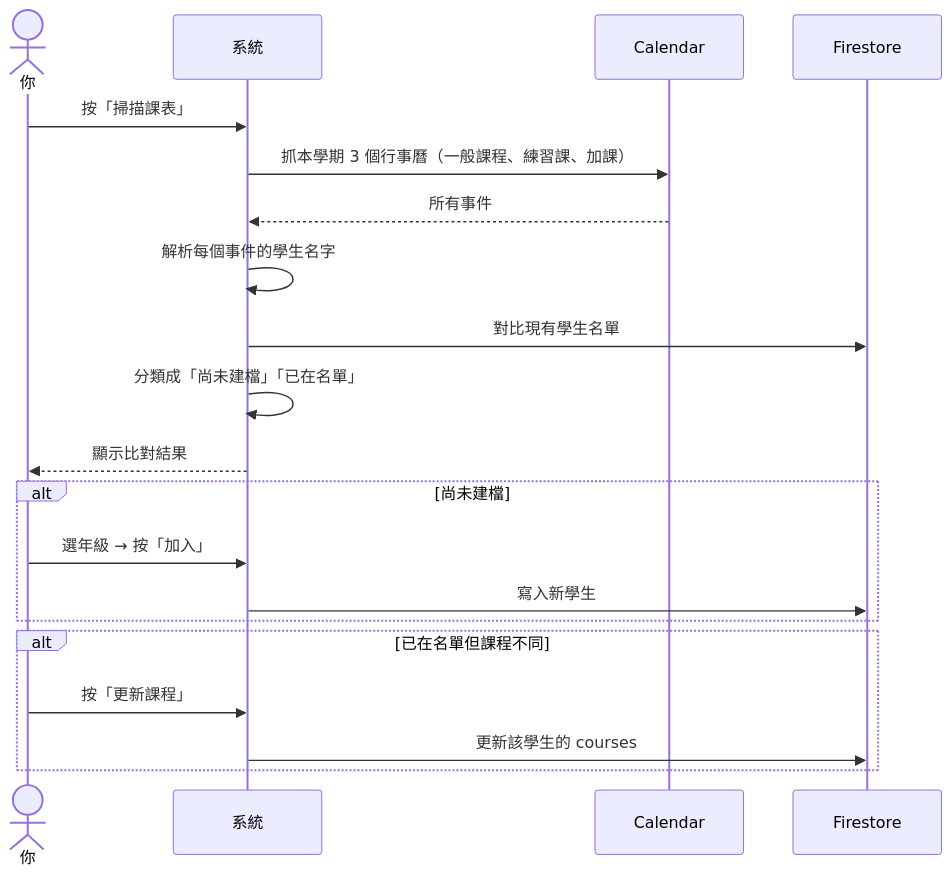
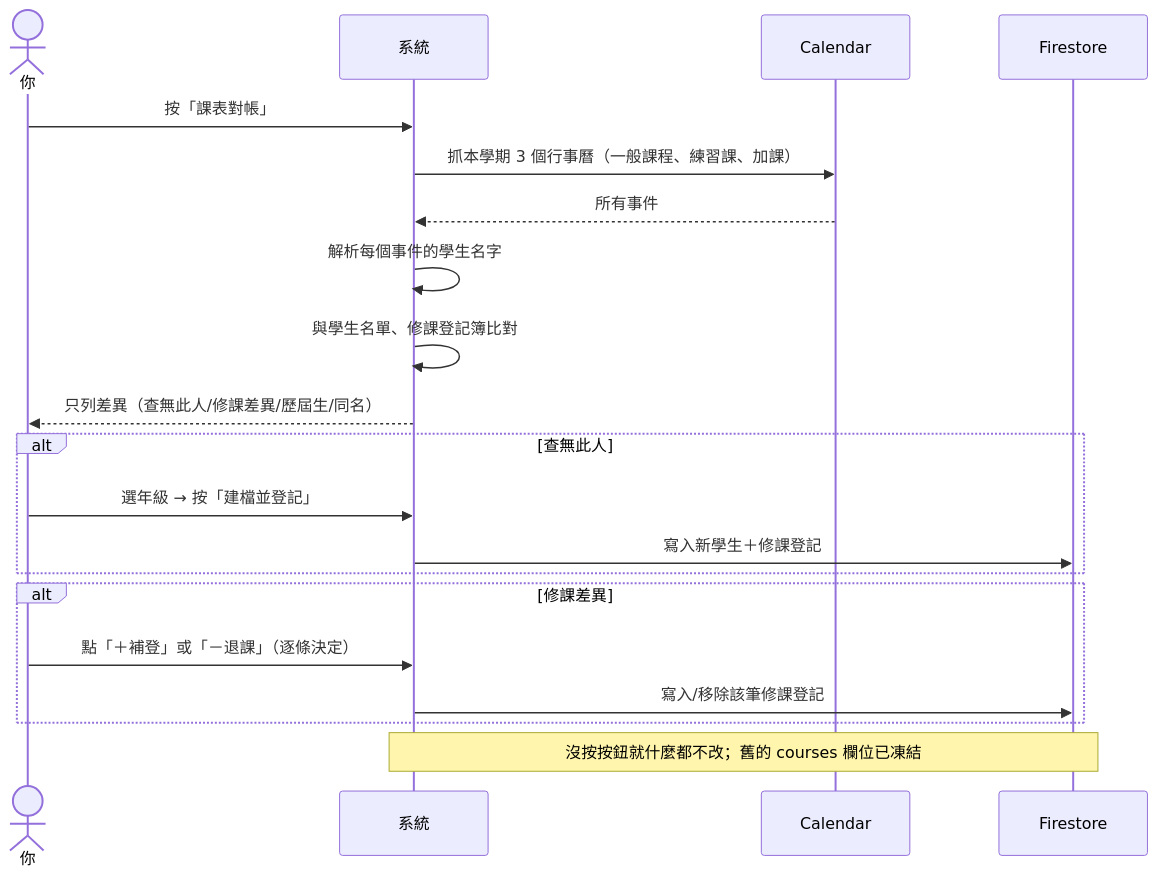
Before and after one commit to jyunz47/hobe-system: the sixth of 7 diagrams in mds/系統地圖.md, drawn with Mermaid. The commit also changed other lines of this file and 9 other files, not shown here.

````diff
--- a/mds/系統地圖.md
+++ b/mds/系統地圖.md
@@ -296,23 +314,23 @@
 ```mermaid
 sequenceDiagram
     actor 你
     participant 系統
     participant Calendar
     participant Firestore
 
-    你->>系統: 按「掃描課表」
+    你->>系統: 按「課表對帳」
     系統->>Calendar: 抓本學期 3 個行事曆（一般課程、練習課、加課）
     Calendar-->>系統: 所有事件
     系統->>系統: 解析每個事件的學生名字
-    系統->>Firestore: 對比現有學生名單
-    系統->>系統: 分類成「尚未建檔」「已在名單」
-    系統-->>你: 顯示比對結果
-    alt 尚未建檔
-        你->>系統: 選年級 → 按「加入」
-        系統->>Firestore: 寫入新學生
+    系統->>系統: 與學生名單、修課登記簿比對
+    系統-->>你: 只列差異（查無此人/修課差異/歷屆生/同名）
+    alt 查無此人
+        你->>系統: 選年級 → 按「建檔並登記」
+        系統->>Firestore: 寫入新學生＋修課登記
     end
-    alt 已在名單但課程不同
-        你->>系統: 按「更新課程」
-        系統->>Firestore: 更新該學生的 courses
+    alt 修課差異
+        你->>系統: 點「＋補登」或「－退課」（逐條決定）
+        系統->>Firestore: 寫入/移除該筆修課登記
     end
+    Note over 系統,Firestore: 沒按按鈕就什麼都不改；舊的 courses 欄位已凍結
 ```
````
